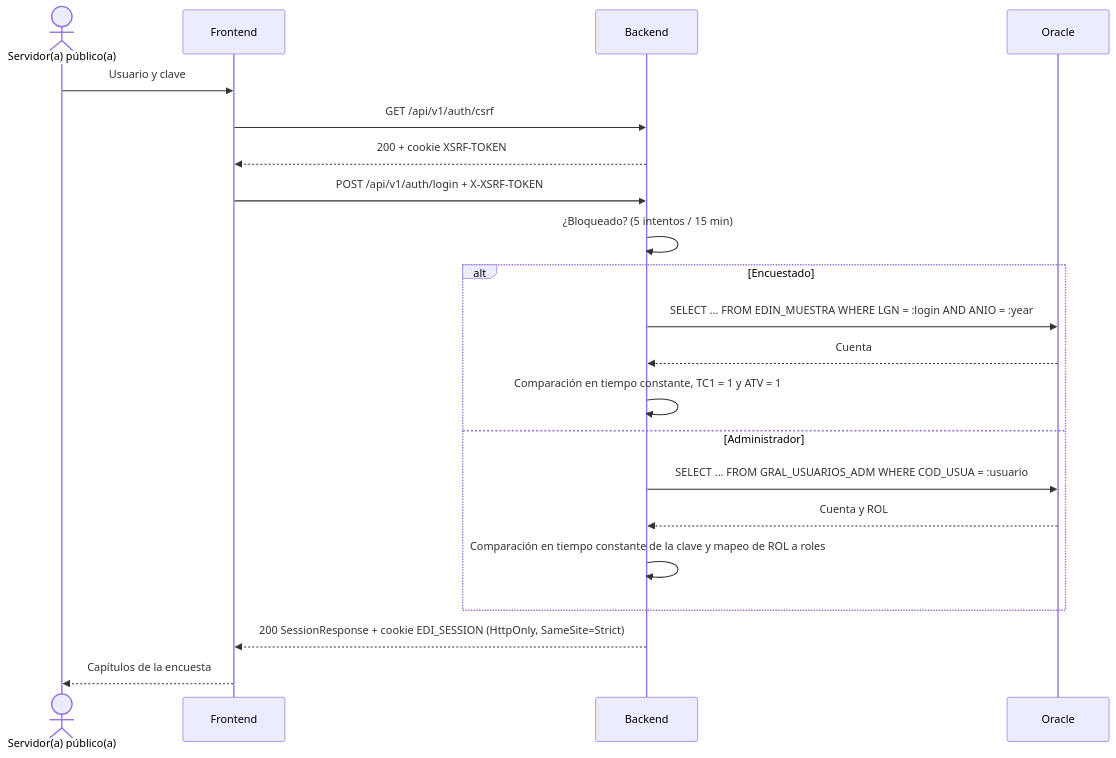
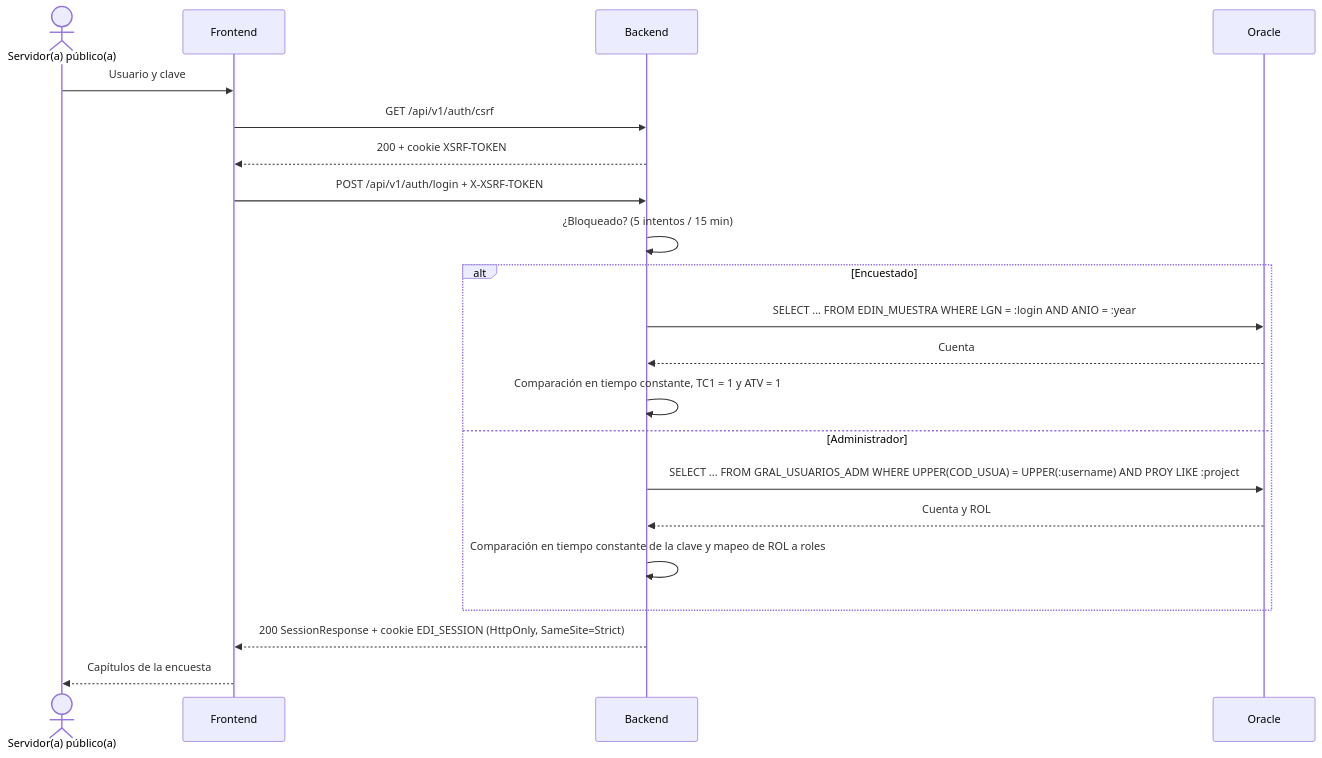
The diagram in docs/diagramas/secuencia-inicio-sesion.md (xiliosd/EDIS), drawn with Mermaid before and after one commit. The commit also changed 2 other files, not shown here.

Commit message:
docs: corregir ejemplo de login, diagramas y documentar CORS_ALLOWED_ORIGIN

````diff
--- a/docs/diagramas/secuencia-inicio-sesion.md
+++ b/docs/diagramas/secuencia-inicio-sesion.md
@@ -3,23 +3,23 @@
 ```mermaid
 sequenceDiagram
   actor U as Servidor(a) público(a)
   participant F as Frontend
   participant B as Backend
   participant O as Oracle
   U->>F: Usuario y clave
   F->>B: GET /api/v1/auth/csrf
   B-->>F: 200 + cookie XSRF-TOKEN
   F->>B: POST /api/v1/auth/login + X-XSRF-TOKEN
   B->>B: ¿Bloqueado? (5 intentos / 15 min)
   alt Encuestado
     B->>O: SELECT ... FROM EDIN_MUESTRA WHERE LGN = :login AND ANIO = :year
     O-->>B: Cuenta
     B->>B: Comparación en tiempo constante, TC1 = 1 y ATV = 1
   else Administrador
-    B->>O: SELECT ... FROM GRAL_USUARIOS_ADM WHERE COD_USUA = :usuario
+    B->>O: SELECT ... FROM GRAL_USUARIOS_ADM WHERE UPPER(COD_USUA) = UPPER(:username) AND PROY LIKE :project
     O-->>B: Cuenta y ROL
     B->>B: Comparación en tiempo constante de la clave y mapeo de ROL a roles
   end
   B-->>F: 200 SessionResponse + cookie EDI_SESSION (HttpOnly, SameSite=Strict)
   F-->>U: Capítulos de la encuesta
 ```
````
